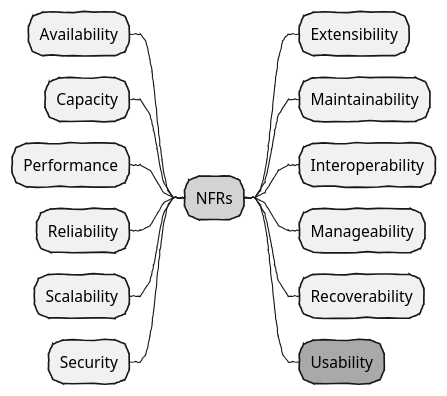
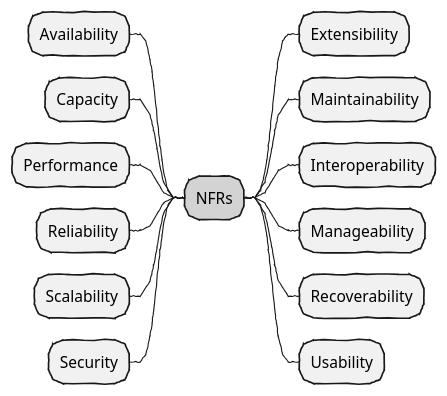
Before and after one commit to PacktPublishing/Domain-Driven-Design-with-Java-A-Practitioner-s-Guide: the second of 5 diagrams in book/src/docs/asciidoc/01-ddd-rationale.adoc, drawn with PlantUML. The commit also changed other lines of this file and 1 other file, not shown here.

Commit message:
Chapter 7 - Section on event replay considerations

```diff
--- a/book/src/docs/asciidoc/01-ddd-rationale.adoc
+++ b/book/src/docs/asciidoc/01-ddd-rationale.adoc
@@ -135,21 +136,21 @@
 [plantuml,nfrs]
 ....
 @startmindmap
 skinparam handwritten true
 skinparam monochrome true
 
 *[#lightgray] NFRs
 ++ Extensibility
 ++ Maintainability
 ++ Interoperability
 ++ Manageability
 ++ Recoverability
-**[#darkgray] Usability
+++ Usability
 -- Availability
 -- Capacity
 -- Performance
 -- Reliability
 -- Scalability
 -- Security
 @endmindmap
 ....
```
